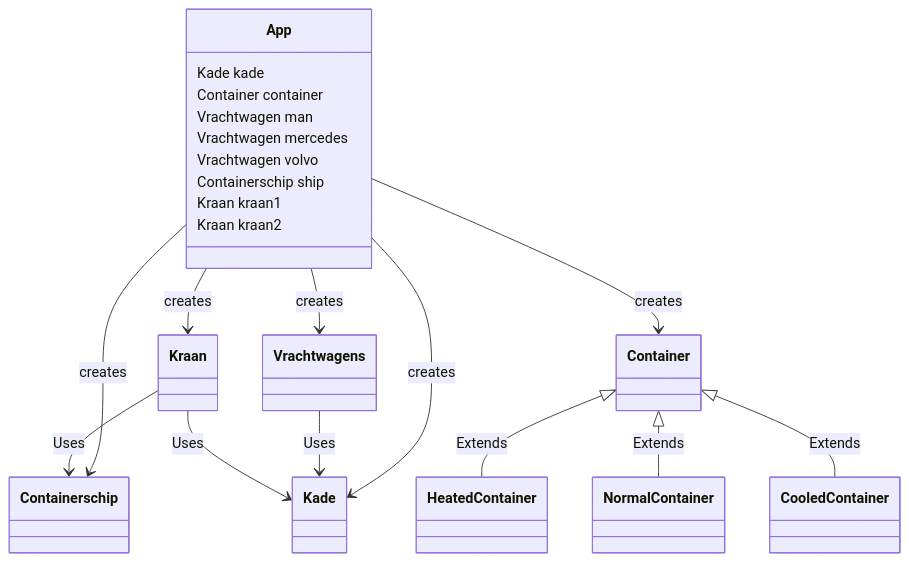
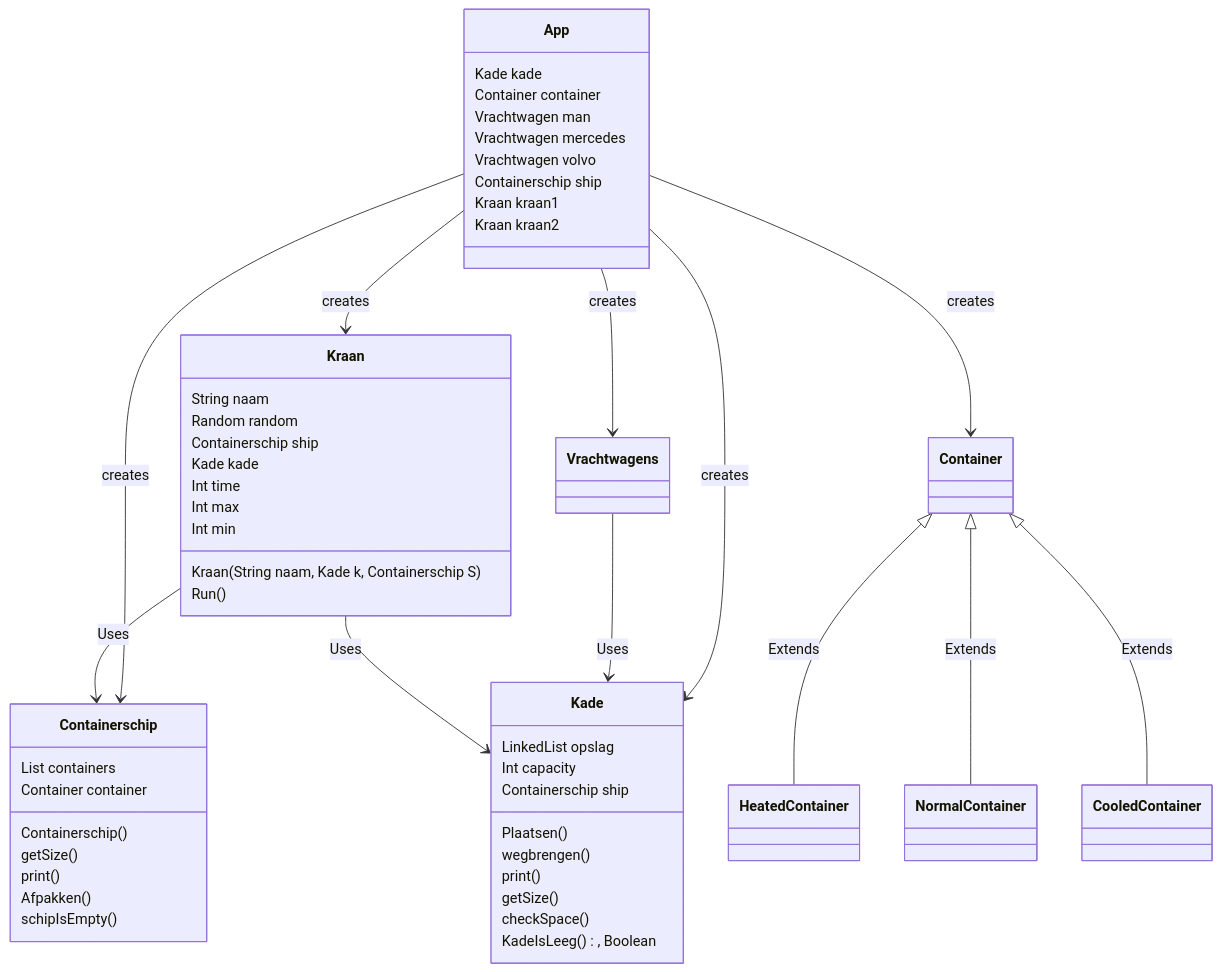
Before and after one commit to RockFreakRickerd/SameCodeDifferentLanguagues: the second of 2 diagrams in ShipQuay/README.md, drawn with Mermaid.

````diff
--- a/ShipQuay/README.md
+++ b/ShipQuay/README.md
@@ -46,22 +46,47 @@
 ```mermaid
 classDiagram
   App --> Containerschip : creates
   App --> Kraan : creates
   App --> Kade : creates
   App --> Container : creates
   App --> Vrachtwagens: creates
   Vrachtwagens --> Kade : Uses
   Kraan --> Containerschip : Uses
   Kraan --> Kade : Uses
   Container <|-- HeatedContainer : Extends
   Container <|-- NormalContainer : Extends
   Container <|-- CooledContainer : Extends
   App: Kade kade
   App: Container container
   App: Vrachtwagen man
   App: Vrachtwagen mercedes
   App: Vrachtwagen volvo
   App: Containerschip ship
   App: Kraan kraan1
   App: Kraan kraan2
+  Containerschip: List containers
+  Containerschip: Container container
+  Containerschip: Containerschip()
+  Containerschip: getSize()
+  Containerschip: print()
+  Containerschip: Afpakken()
+  Containerschip: schipIsEmpty()
+  Kraan: String naam
+  Kraan: Random random
+  Kraan: Containerschip ship
+  Kraan: Kade kade
+  Kraan: Int time
+  Kraan: Int max
+  Kraan: Int min
+  Kraan: Kraan(String naam, Kade k, Containerschip S)
+  Kraan: Run()
+  Kade: LinkedList opslag
+  Kade: Int capacity
+  Kade: Containerschip ship
+  Kade: Plaatsen()
+  Kade: wegbrengen()
+  Kade: print()
+  Kade: getSize()
+  Kade: checkSpace()
+  Kade: KadeIsLeeg(), Boolean
 ```
````
